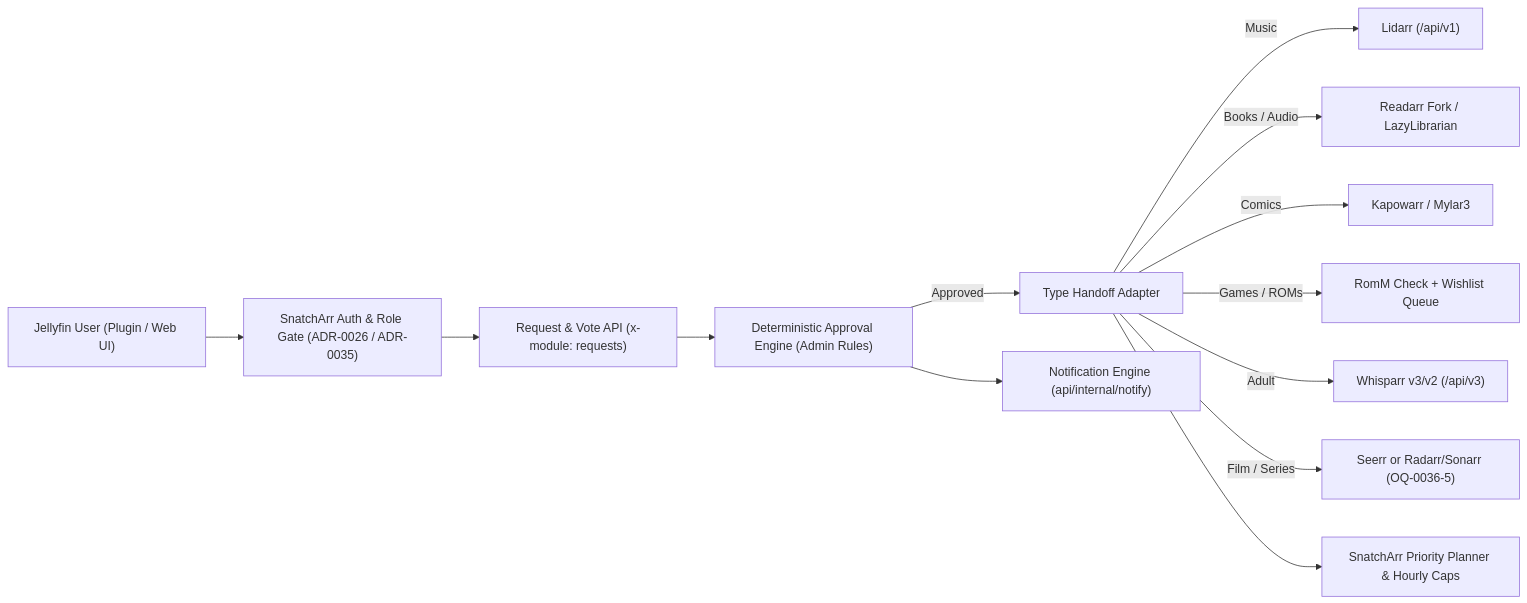
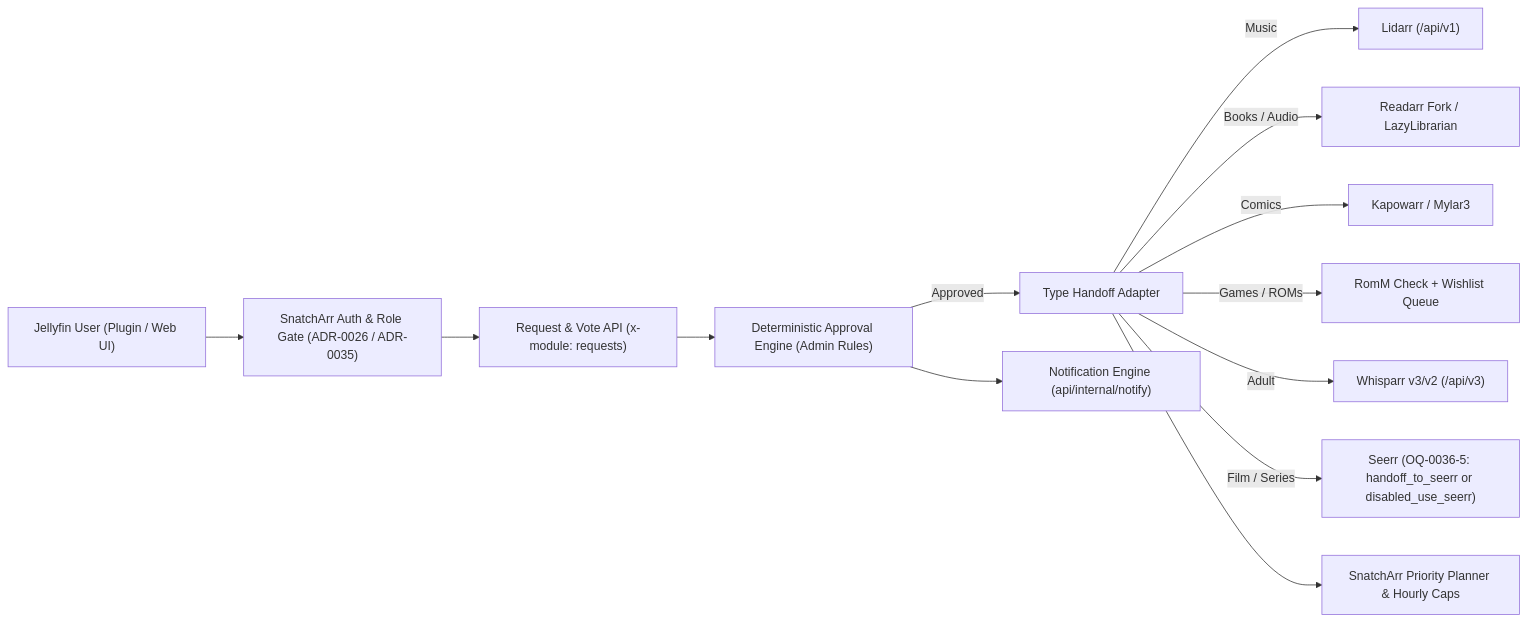
The first of 2 diagrams in docs/adr/0036-community-requests-and-voting.md (lusoris/SnatchArr), drawn with Mermaid before and after one commit. The commit also changed other lines of this file and 1 other file, not shown here.

````diff
--- a/docs/adr/0036-community-requests-and-voting.md
+++ b/docs/adr/0036-community-requests-and-voting.md
@@ -121,15 +121,15 @@
 ```mermaid
 flowchart LR
   JF["Jellyfin User (Plugin / Web UI)"] --> AUTH["SnatchArr Auth & Role Gate (ADR-0026 / ADR-0035)"]
   AUTH --> REQ["Request & Vote API (x-module: requests)"]
   REQ --> ENG["Deterministic Approval Engine (Admin Rules)"]
   ENG -->|Approved| HAND["Type Handoff Adapter"]
   HAND -->|Music| LID["Lidarr (/api/v1)"]
   HAND -->|Books / Audio| READ["Readarr Fork / LazyLibrarian"]
   HAND -->|Comics| KAP["Kapowarr / Mylar3"]
   HAND -->|Games / ROMs| ROMM["RomM Check + Wishlist Queue"]
   HAND -->|Adult| WHISP["Whisparr v3/v2 (/api/v3)"]
-  HAND -->|Film / Series| SEERR["Seerr or Radarr/Sonarr (OQ-0036-5)"]
+  HAND -->|Film / Series| SEERR["Seerr (OQ-0036-5: handoff_to_seerr or disabled_use_seerr)"]
   HAND --> PLAN["SnatchArr Priority Planner & Hourly Caps"]
   ENG --> NOTIFY["Notification Engine (api/internal/notify)"]
 ```
````
